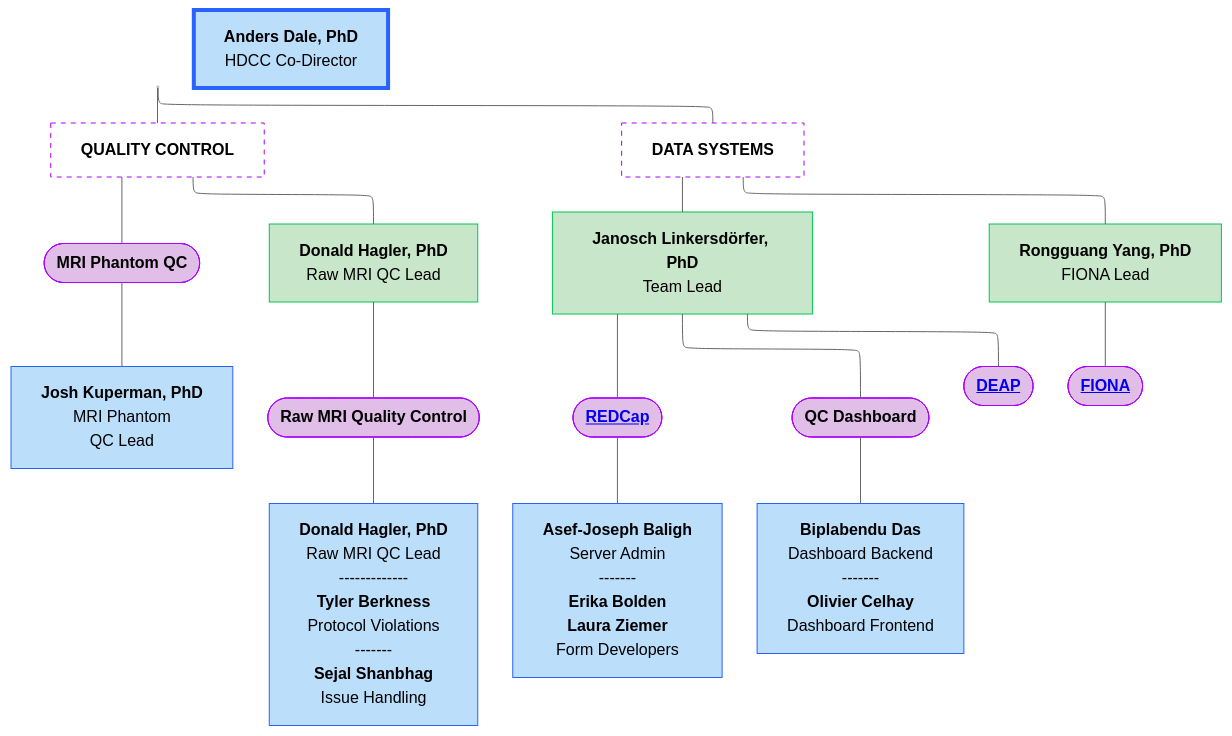
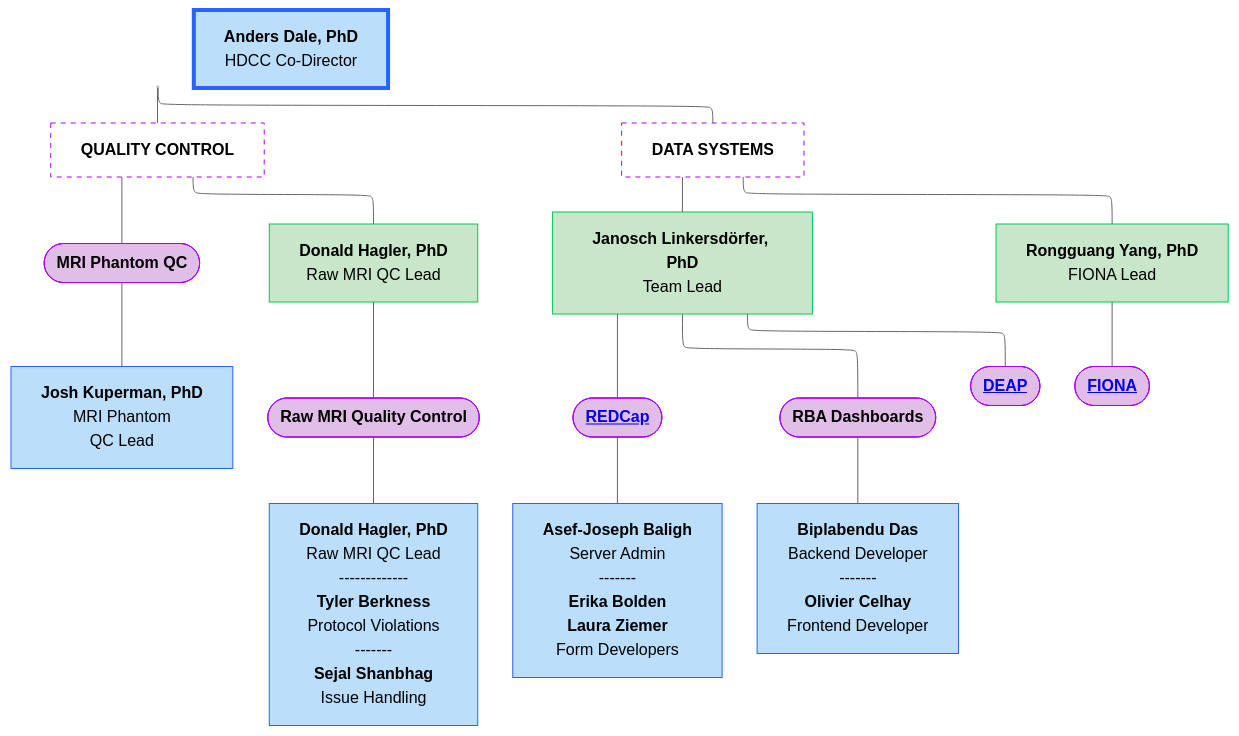
One commit to DCAN-Labs/hbcd-docs-internal changed the diagram in docs/orgcharts/mermaid/jcvi.mmd. Above: the diagram before and after it, drawn with Mermaid (neutral theme). The commit also changed 3 other files, not shown here.

Commit message:
change QC dashboards to RBA dashboards for JCVI

```diff
--- a/docs/orgcharts/mermaid/jcvi.mmd
+++ b/docs/orgcharts/mermaid/jcvi.mmd
@@ -1,47 +1,47 @@
 ---
 config:
   layout: elk
 ---
 flowchart TB
     A["<b>Anders Dale, PhD</b><br>PI / Director"] --- QC["<b>QUALITY CONTROL</b>"] & Systems["<b>DATA SYSTEMS</b>"]
     QC --- B(["<b>MRI Phantom QC</b>"]) & n16@{ label: "<span style=\"--tw-scale-x:\"><b>Donald Hagler, PhD</b></span><br style=\"--tw-scale-x:\"><span style=\"background-color:\">Raw MRI QC Lead</span>" }
     B --- C["<b>Josh Kuperman, PhD</b><br>MRI Phantom<br>QC Lead"]
     n2(["<b>Raw MRI Quality Control</b>"]) --- n9["<b>Donald Hagler, PhD</b><br>Raw MRI QC Lead
     -------------
     <b>Tyler Berkness</b><br>Protocol Violations
     -------
     <b>Sejal Shanbhag</b><br>Issue Handling"]
     Systems --- n12@{ label: "<span style=\"--tw-scale-x:\"><b>Janosch Linkersdörfer, PhD<br></b>Team Lead</span>" } & n8["<b>Rongguang Yang, PhD</b><br>FIONA Lead"]
     n6@{ label: "<a href=\"../orgcharts/#redcap\" target=\"_top\"><b>REDCap</b></a>" } --- n4["<b>Asef-Joseph Baligh</b><br>Server Admin<br>-------<br><b>Erika Bolden<br>Laura Ziemer</b><br>Form Developers"]
-    n12 --- n6 & n13(["<b>QC Dashboard</b>"]) & D@{ label: "<a href=\"../orgcharts/#deap\" target=\"_top\"><b>DEAP</b></a>" }
+    n12 --- n6 & n13(["<b>RBA Dashboards</b>"]) & D@{ label: "<a href=\"../orgcharts/#deap\" target=\"_top\"><b>DEAP</b></a>" }
     n8 --- z@{ label: "<a href=\"../orgcharts/#fiona\" target=\"_top\"><b>FIONA</b></a>" }
-    n13 --- n15["<b>Biplabendu Das</b><br>Dashboard Backend
+    n13 --- n15["<b>Biplabendu Das</b><br>Backend Developer
     -------
-    <b>Olivier Celhay</b><br>Dashboard Frontend"]
+    <b>Olivier Celhay</b><br>Frontend Developer"]
     n16 --- n2
     n11["<b>Anders Dale, PhD</b><br>HDCC Co-Director"]
     A@{ shape: anchor}
     n16@{ shape: rect}
     n12@{ shape: rect}
     n6@{ shape: stadium}
     D@{ shape: stadium}
     z@{ shape: stadium}
     n15@{ shape: rect}
     n11@{ shape: rect}
     style A fill:#BBDEFB,stroke:#2962FF
     style QC fill:#FFFFFF,stroke:#AA00FF,stroke-dasharray: 5 5
     style Systems fill:#ffffff,stroke:#AA00FF,stroke-dasharray: 5 5
     style B fill:#E1BEE7,stroke:#AA00FF
     style n16 fill:#C8E6C9,stroke:#00C853
     style C stroke:#2962FF,fill:#BBDEFB
     style n2 fill:#E1BEE7,stroke:#AA00FF
     style n9 fill:#BBDEFB,stroke:#2962FF
     style n12 fill:#C8E6C9,stroke:#00C853
     style n8 fill:#C8E6C9,stroke:#00C853
     style n6 fill:#E1BEE7,stroke:#AA00FF
     style n4 fill:#BBDEFB,stroke:#2962FF
     style n13 fill:#E1BEE7,stroke:#AA00FF
     style D fill:#E1BEE7,stroke:#AA00FF
     style z fill:#E1BEE7,stroke:#AA00FF
     style n15 fill:#BBDEFB,stroke:#2962FF
     style n11 fill:#BBDEFB,stroke:#2962FF,stroke-width:4px
```
